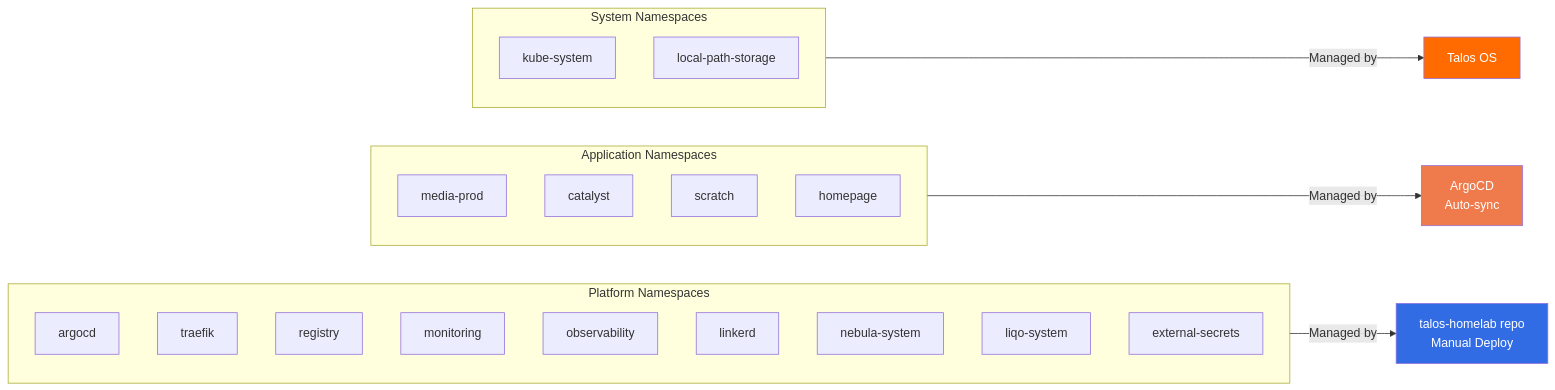
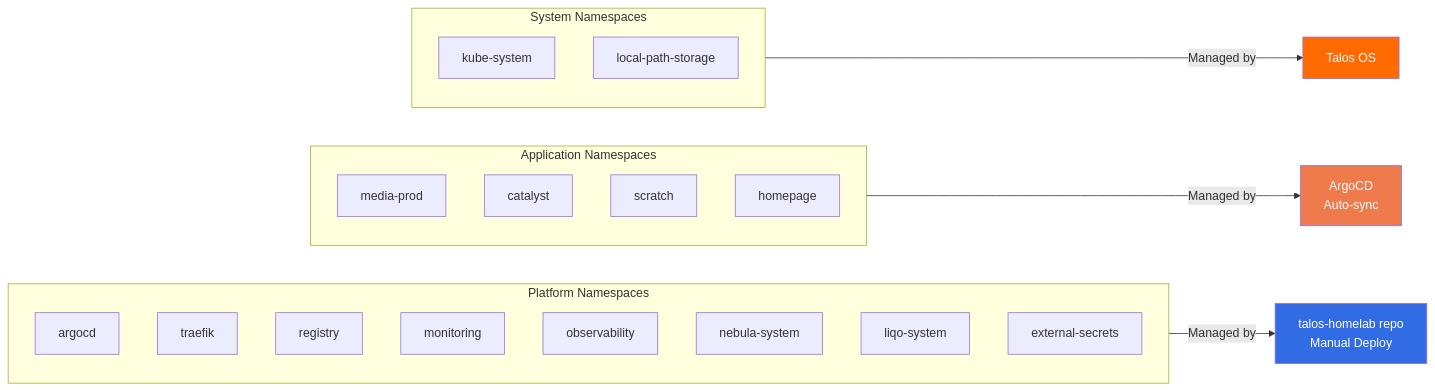
The fifth of 14 diagrams in docs/02-architecture/infrastructure-diagrams.md (TheBranchDriftCatalyst/talos-homelab), drawn with Mermaid before and after one commit. The commit also changed other lines of this file and 4 other files, not shown here.

First line of the commit message:
docs: update diagrams and references for linkerd removal

````diff
--- a/docs/02-architecture/infrastructure-diagrams.md
+++ b/docs/02-architecture/infrastructure-diagrams.md
@@ -228,34 +224,33 @@
 ```mermaid
 flowchart LR
     subgraph Platform["Platform Namespaces"]
         argocd[argocd]
         traefik[traefik]
         registry[registry]
         monitoring[monitoring]
         observability[observability]
-        linkerd[linkerd]
         nebula[nebula-system]
         liqo[liqo-system]
         eso[external-secrets]
     end
 
     subgraph Apps["Application Namespaces"]
         media[media-prod]
         catalyst[catalyst]
         scratch[scratch]
         homepage[homepage]
     end
 
     subgraph System["System Namespaces"]
         kube[kube-system]
         local[local-path-storage]
     end
 
     Platform --> |Managed by| InfraRepo[talos-homelab repo<br/>Manual Deploy]
     Apps --> |Managed by| ArgoApp[ArgoCD<br/>Auto-sync]
     System --> |Managed by| TalosOS[Talos OS]
 
     style InfraRepo fill:#326CE5,color:#fff
     style ArgoApp fill:#EF7B4D,color:#fff
     style TalosOS fill:#FF6B00,color:#fff
 ```
````
